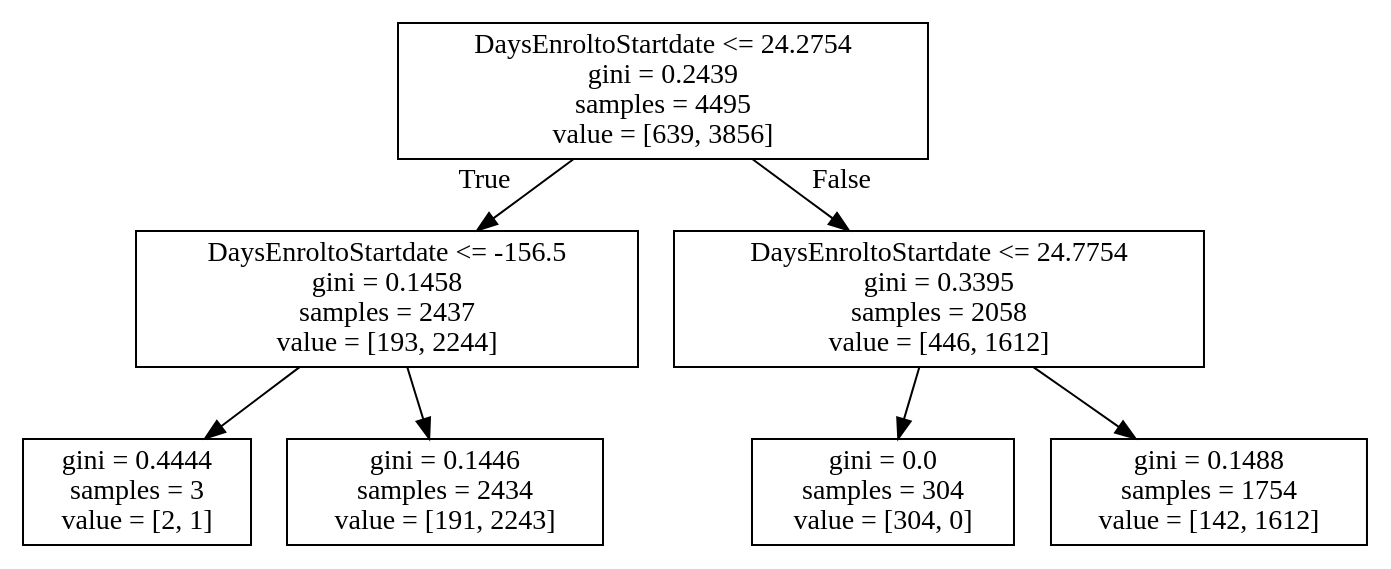
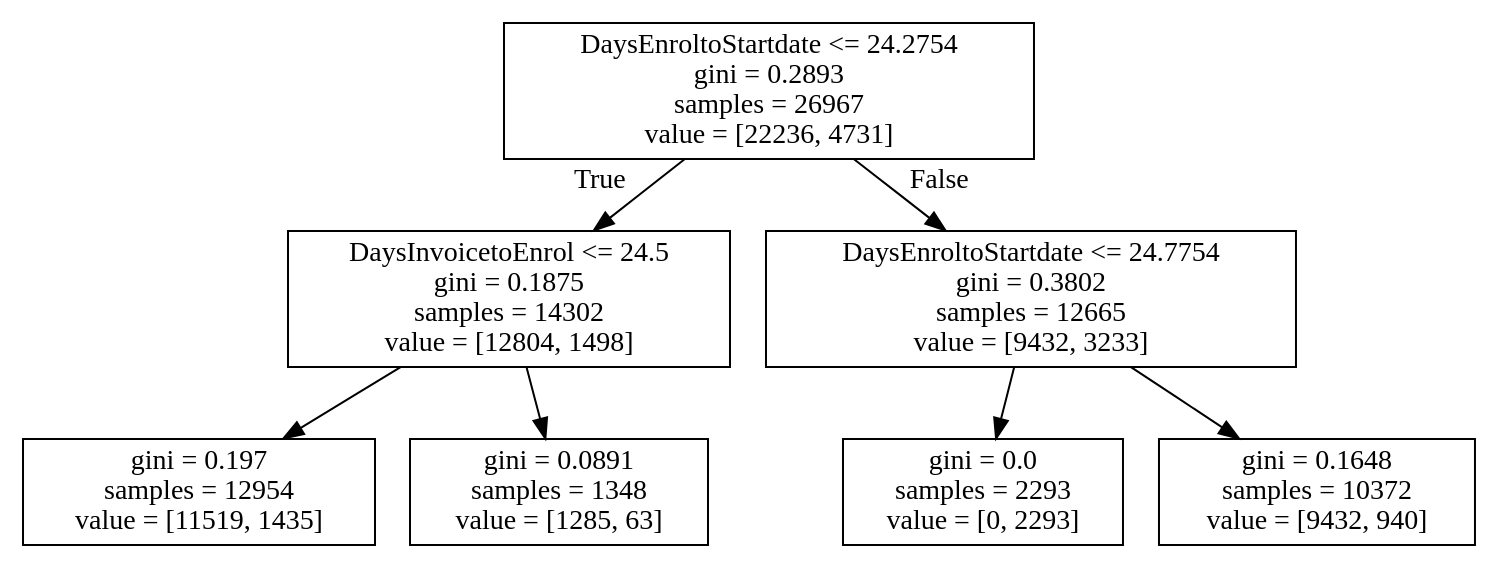
One commit to mikaelasquirchuk/dat8syd-project changed the diagram in decisiontree.dot. Above: the diagram before and after it, drawn with Graphviz. The commit also changed 1 other file, not shown here.

```diff
--- a/decisiontree.dot
+++ b/decisiontree.dot
@@ -1,16 +1,16 @@
 digraph Tree {
 node [shape=box] ;
-0 [label="DaysEnroltoStartdate <= 24.2754\ngini = 0.2439\nsamples = 4495\nvalue = [639, 3856]"] ;
-1 [label="DaysEnroltoStartdate <= -156.5\ngini = 0.1458\nsamples = 2437\nvalue = [193, 2244]"] ;
+0 [label="DaysEnroltoStartdate <= 24.2754\ngini = 0.2893\nsamples = 26967\nvalue = [22236, 4731]"] ;
+1 [label="DaysInvoicetoEnrol <= 24.5\ngini = 0.1875\nsamples = 14302\nvalue = [12804, 1498]"] ;
 0 -> 1 [labeldistance=2.5, labelangle=45, headlabel="True"] ;
-2 [label="gini = 0.4444\nsamples = 3\nvalue = [2, 1]"] ;
+2 [label="gini = 0.197\nsamples = 12954\nvalue = [11519, 1435]"] ;
 1 -> 2 ;
-3 [label="gini = 0.1446\nsamples = 2434\nvalue = [191, 2243]"] ;
+3 [label="gini = 0.0891\nsamples = 1348\nvalue = [1285, 63]"] ;
 1 -> 3 ;
-4 [label="DaysEnroltoStartdate <= 24.7754\ngini = 0.3395\nsamples = 2058\nvalue = [446, 1612]"] ;
+4 [label="DaysEnroltoStartdate <= 24.7754\ngini = 0.3802\nsamples = 12665\nvalue = [9432, 3233]"] ;
 0 -> 4 [labeldistance=2.5, labelangle=-45, headlabel="False"] ;
-5 [label="gini = 0.0\nsamples = 304\nvalue = [304, 0]"] ;
+5 [label="gini = 0.0\nsamples = 2293\nvalue = [0, 2293]"] ;
 4 -> 5 ;
-6 [label="gini = 0.1488\nsamples = 1754\nvalue = [142, 1612]"] ;
+6 [label="gini = 0.1648\nsamples = 10372\nvalue = [9432, 940]"] ;
 4 -> 6 ;
 }
```
